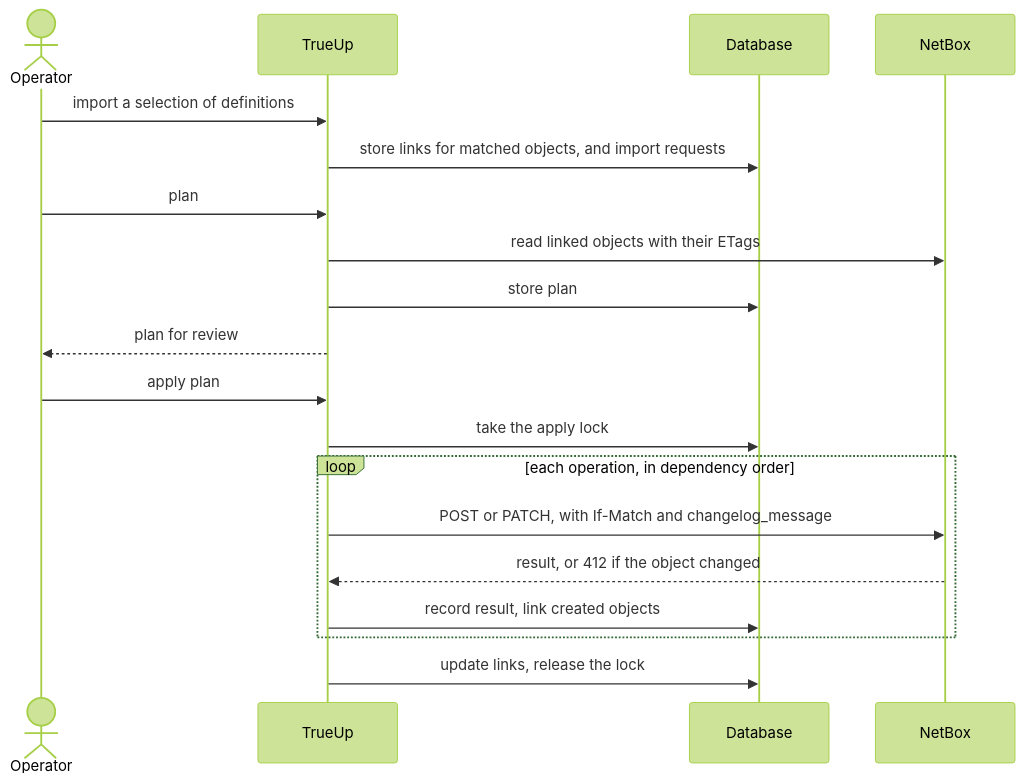
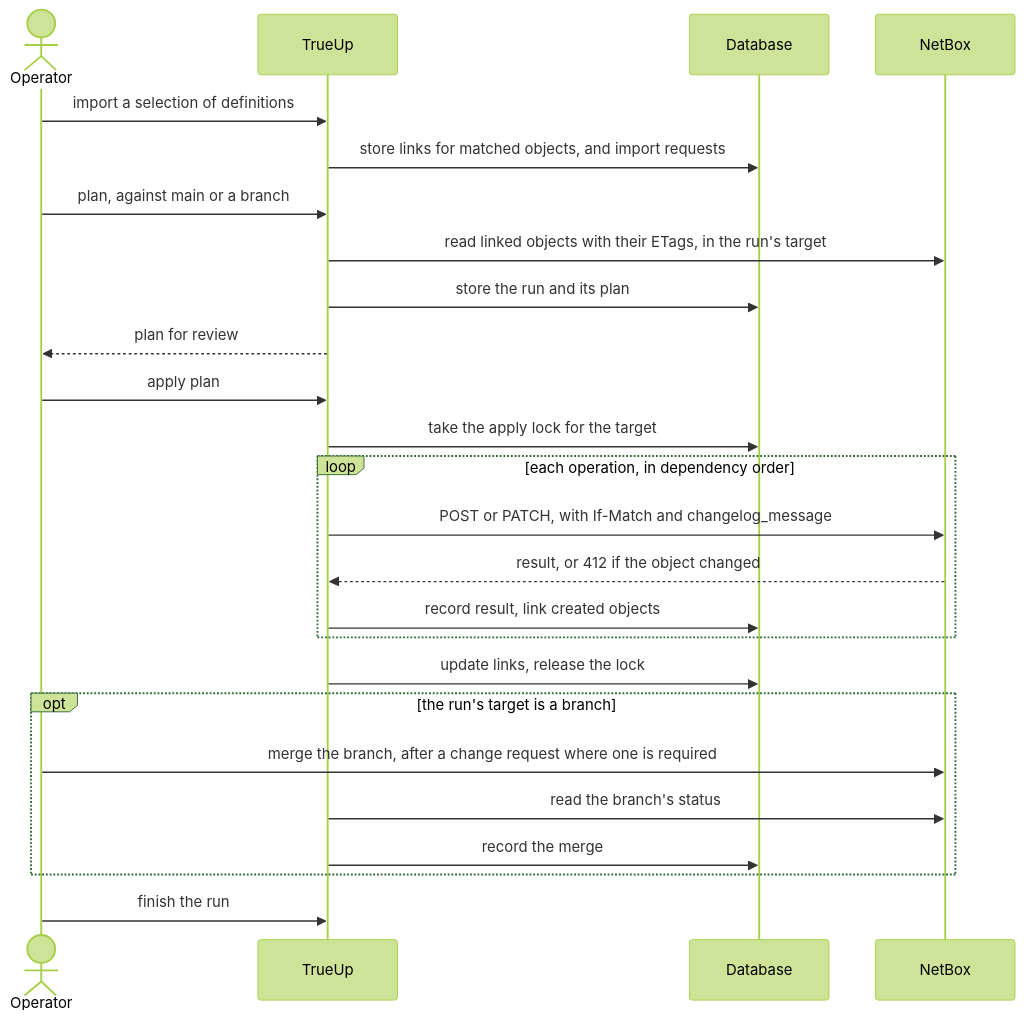
One commit to zeddD1abl0/netbox-trueup-ai changed the fourth of 10 diagrams in docs/architecture.md. Above: the diagram before and after it, drawn with Mermaid (forest theme). The commit also changed other lines of this file and 5 other files, not shown here.

First line of the commit message:
docs(roadmap): plan milestone 2 (#34)

````diff
--- a/docs/architecture.md
+++ b/docs/architecture.md
@@ -176,22 +177,28 @@
 ```mermaid
 sequenceDiagram
     actor Op as Operator
     participant TU as TrueUp
     participant DB as Database
     participant NB as NetBox
 
     Op->>TU: import a selection of definitions
     TU->>DB: store links for matched objects, and import requests
-    Op->>TU: plan
-    TU->>NB: read linked objects with their ETags
-    TU->>DB: store plan
+    Op->>TU: plan, against main or a branch
+    TU->>NB: read linked objects with their ETags, in the run's target
+    TU->>DB: store the run and its plan
     TU-->>Op: plan for review
     Op->>TU: apply plan
-    TU->>DB: take the apply lock
+    TU->>DB: take the apply lock for the target
     loop each operation, in dependency order
         TU->>NB: POST or PATCH, with If-Match and changelog_message
         NB-->>TU: result, or 412 if the object changed
         TU->>DB: record result, link created objects
     end
     TU->>DB: update links, release the lock
+    opt the run's target is a branch
+        Op->>NB: merge the branch, after a change request where one is required
+        TU->>NB: read the branch's status
+        TU->>DB: record the merge
+    end
+    Op->>TU: finish the run
 ```
````
